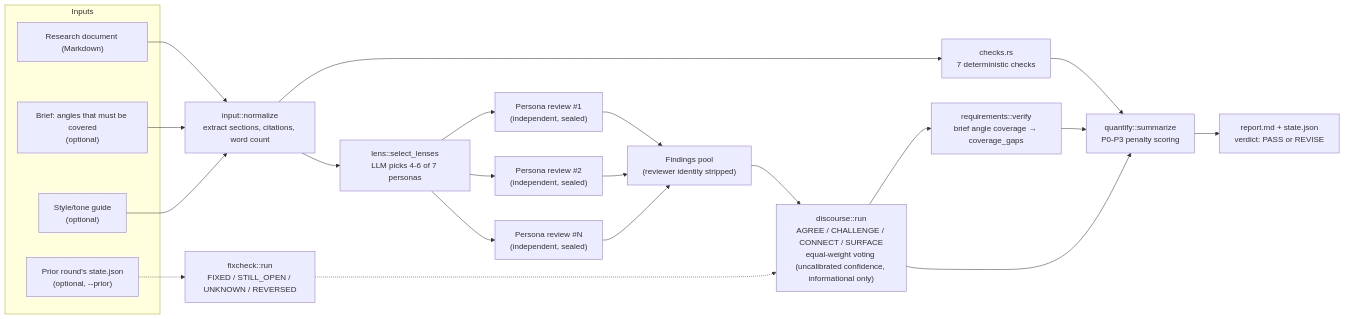
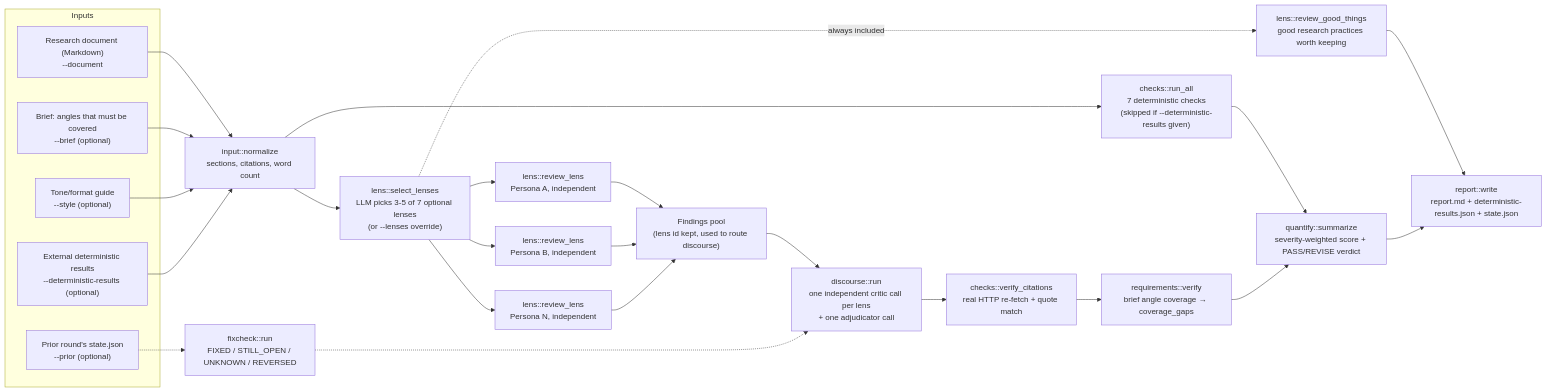
The first of 8 diagrams in README.md (Loop-Suite/research-loop), drawn with Mermaid before and after one commit. The commit also changed other lines of this file, not shown here.

First line of the commit message:
docs: rewrite README to reflect the shipped N-way discourse pipeline

````diff
--- a/README.md
+++ b/README.md
@@ -26,35 +29,39 @@
 ```mermaid
 flowchart LR
     subgraph Inputs
-        DOC["Research document (Markdown)"]
-        BRIEF["Brief: angles that must be covered<br/>(optional)"]
-        STYLE["Style/tone guide<br/>(optional)"]
-        PRIOR["Prior round's state.json<br/>(optional, --prior)"]
+        DOC["Research document (Markdown)<br/>--document"]
+        BRIEF["Brief: angles that must be covered<br/>--brief (optional)"]
+        STYLE["Tone/format guide<br/>--style (optional)"]
+        DETRES["External deterministic results<br/>--deterministic-results (optional)"]
+        PRIOR["Prior round's state.json<br/>--prior (optional)"]
     end
 
-    DOC --> NORM["input::normalize<br/>extract sections, citations, word count"]
+    DOC --> NORM["input::normalize<br/>sections, citations, word count"]
     BRIEF --> NORM
     STYLE --> NORM
+    DETRES --> NORM
 
-    NORM --> CHECKS["checks.rs<br/>7 deterministic checks"]
-    NORM --> SELECT["lens::select_lenses<br/>LLM picks 4-6 of 7 personas"]
+    NORM --> CHECKS["checks::run_all<br/>7 deterministic checks<br/>(skipped if --deterministic-results given)"]
+    NORM --> SELECT["lens::select_lenses<br/>LLM picks 3-5 of 7 optional lenses<br/>(or --lenses override)"]
 
-    SELECT --> REV1["Persona review #1<br/>(independent, sealed)"]
-    SELECT --> REV2["Persona review #2<br/>(independent, sealed)"]
-    SELECT --> REVN["Persona review #N<br/>(independent, sealed)"]
+    SELECT --> REV1["lens::review_lens<br/>Persona A, independent"]
+    SELECT --> REV2["lens::review_lens<br/>Persona B, independent"]
+    SELECT --> REVN["lens::review_lens<br/>Persona N, independent"]
+    SELECT -.always included.-> GOOD["lens::review_good_things<br/>good research practices worth keeping"]
 
-    REV1 --> POOL["Findings pool<br/>(reviewer identity stripped)"]
+    REV1 --> POOL["Findings pool<br/>(lens id kept, used to route discourse)"]
     REV2 --> POOL
     REVN --> POOL
 
-    POOL --> DISCOURSE["discourse::run<br/>AGREE / CHALLENGE / CONNECT / SURFACE<br/>equal-weight voting (uncalibrated confidence, informational only)"]
+    POOL --> DISCOURSE["discourse::run<br/>one independent critic call per lens<br/>+ one adjudicator call"]
     PRIOR -.-> FIXCHECK["fixcheck::run<br/>FIXED / STILL_OPEN / UNKNOWN / REVERSED"]
     FIXCHECK -.-> DISCOURSE
 
-    DISCOURSE --> COVERAGE["requirements::verify<br/>brief angle coverage → coverage_gaps"]
-    CHECKS --> QUANT["quantify::summarize<br/>P0-P3 penalty scoring"]
+    DISCOURSE --> VERIFY["checks::verify_citations<br/>real HTTP re-fetch + quote match"]
+    VERIFY --> COVERAGE["requirements::verify<br/>brief angle coverage → coverage_gaps"]
+    CHECKS --> QUANT["quantify::summarize<br/>severity-weighted score + PASS/REVISE verdict"]
     COVERAGE --> QUANT
-    DISCOURSE --> QUANT
+    GOOD --> REPORT
 
-    QUANT --> REPORT["report.md + state.json<br/>verdict: PASS or REVISE"]
+    QUANT --> REPORT["report::write<br/>report.md + deterministic-results.json + state.json"]
 ```
````
